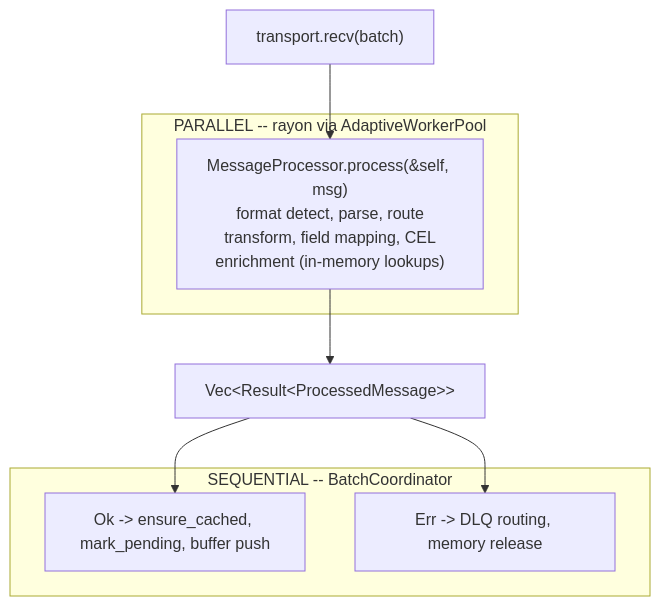
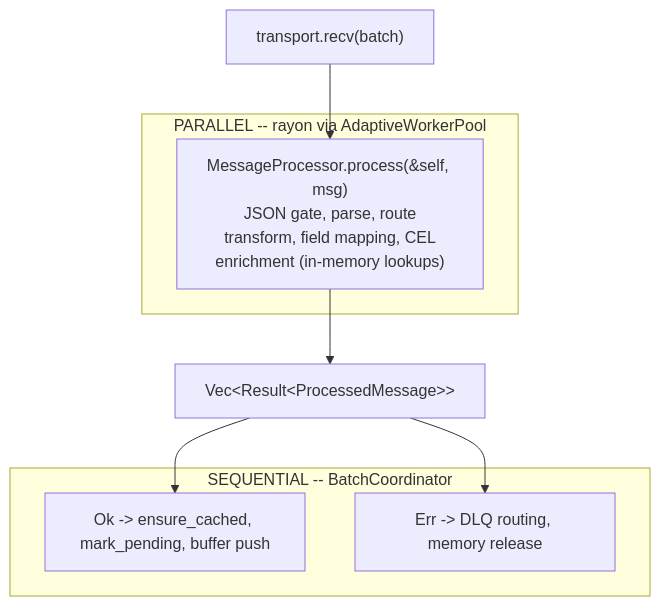
One commit to hyperi-io/dfe-loader changed the diagram in docs/pipeline/PARALLELISM.md. Above: the diagram before and after it, drawn with Mermaid. The commit also changed other lines of this file and 56 other files, not shown here.

````diff
--- a/docs/pipeline/PARALLELISM.md
+++ b/docs/pipeline/PARALLELISM.md
@@ -37,15 +37,15 @@
 ```mermaid
 flowchart TB
     RECV["transport.recv(batch)"]
     subgraph PAR["PARALLEL -- rayon via AdaptiveWorkerPool"]
-        MP["MessageProcessor.process(&self, msg)<br/>format detect, parse, route<br/>transform, field mapping, CEL<br/>enrichment (in-memory lookups)"]
+        MP["MessageProcessor.process(&self, msg)<br/>JSON gate, parse, route<br/>transform, field mapping, CEL<br/>enrichment (in-memory lookups)"]
     end
     RES["Vec&lt;Result&lt;ProcessedMessage&gt;&gt;"]
     subgraph SEQ["SEQUENTIAL -- BatchCoordinator"]
         OK["Ok -> ensure_cached, mark_pending, buffer push"]
         ERR["Err -> DLQ routing, memory release"]
     end
 
     RECV --> MP --> RES --> OK
     RES --> ERR
 ```
````
